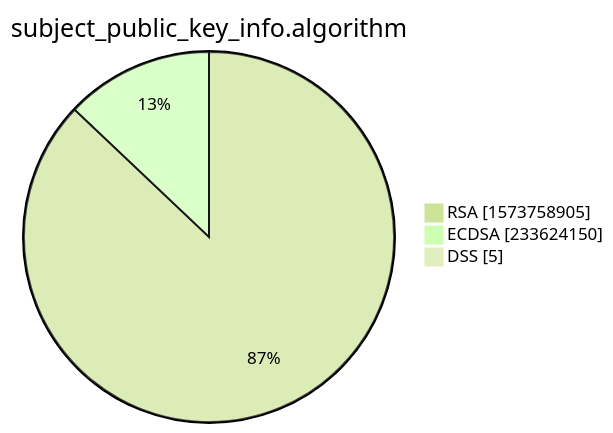
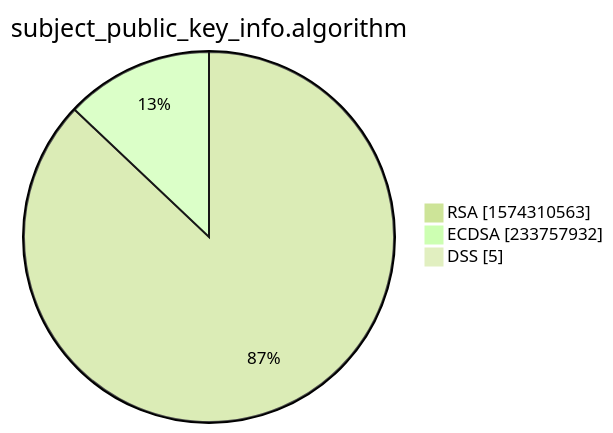
One commit to christiankrug/ctmonitor_visualization changed the third of 15 diagrams in xenon2022/README.md. Above: the diagram before and after it, drawn with Mermaid (forest theme). The commit also changed other lines of this file, not shown here.

````diff
--- a/xenon2022/README.md
+++ b/xenon2022/README.md
@@ -14,7 +14,7 @@
 ```mermaid
 pie showData
 title subject_public_key_info.algorithm
-"RSA" :1573758905
-"ECDSA" :233624150
+"RSA" :1574310563
+"ECDSA" :233757932
 "DSS" :5
 ```
````
